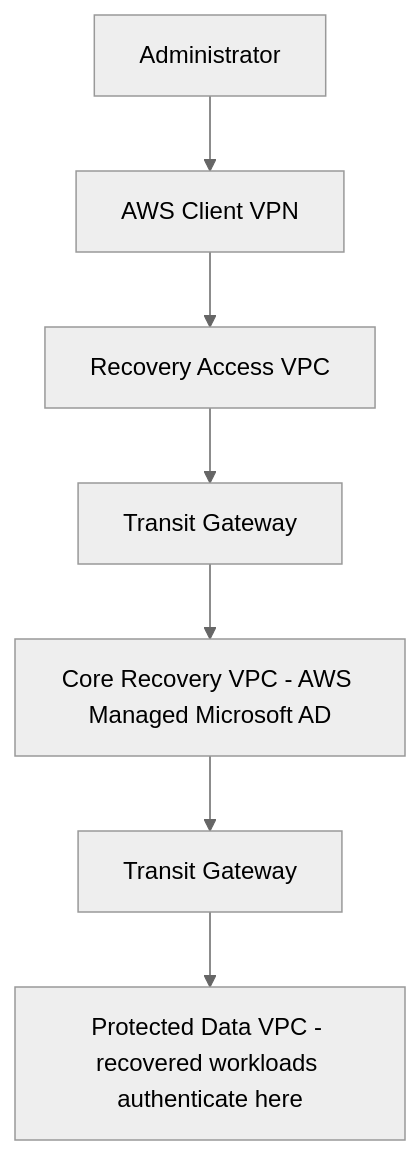
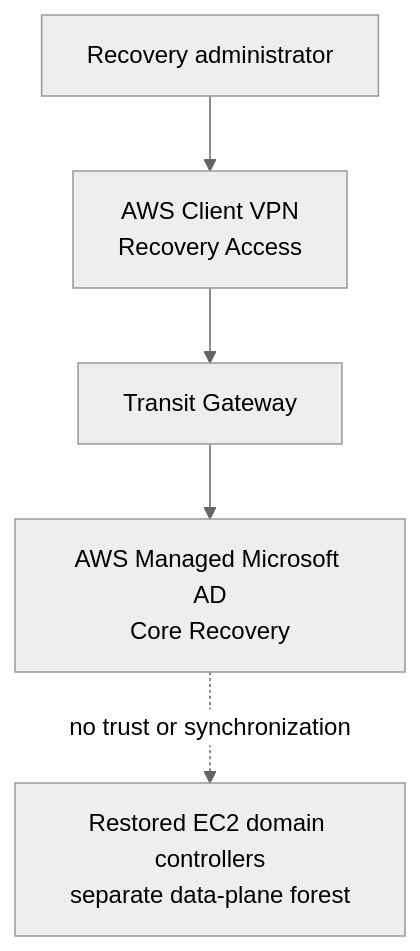
Before and after one commit to CloudDevops2789/terraform_modules: the second of 2 diagrams in docs/adr/ADR-002-managed-ad.md, drawn with Mermaid (neutral theme). The commit also changed other lines of this file and 15 other files, not shown here.

````diff
--- a/docs/adr/ADR-002-managed-ad.md
+++ b/docs/adr/ADR-002-managed-ad.md
@@ -30,9 +48,13 @@
 ```mermaid
 flowchart TB
-    Admin[Administrator] --> ClientVPN[AWS Client VPN]
-    ClientVPN --> RA[Recovery Access VPC]
-    RA --> TGW[Transit Gateway]
-    TGW --> CR[Core Recovery VPC - AWS Managed Microsoft AD]
-    CR --> TGW2[Transit Gateway]
-    TGW2 --> PD[Protected Data VPC - recovered workloads authenticate here]
+    Admin["Recovery administrator"]
+    VPN["AWS Client VPN<br/>Recovery Access"]
+    TGW["Transit Gateway"]
+    ManagedAD["AWS Managed Microsoft AD<br/>Core Recovery"]
+    RestoredAD["Restored EC2 domain controllers<br/>separate data-plane forest"]
+
+    Admin --> VPN
+    VPN --> TGW
+    TGW --> ManagedAD
+    ManagedAD -. "no trust or synchronization" .-> RestoredAD
 ```
````
